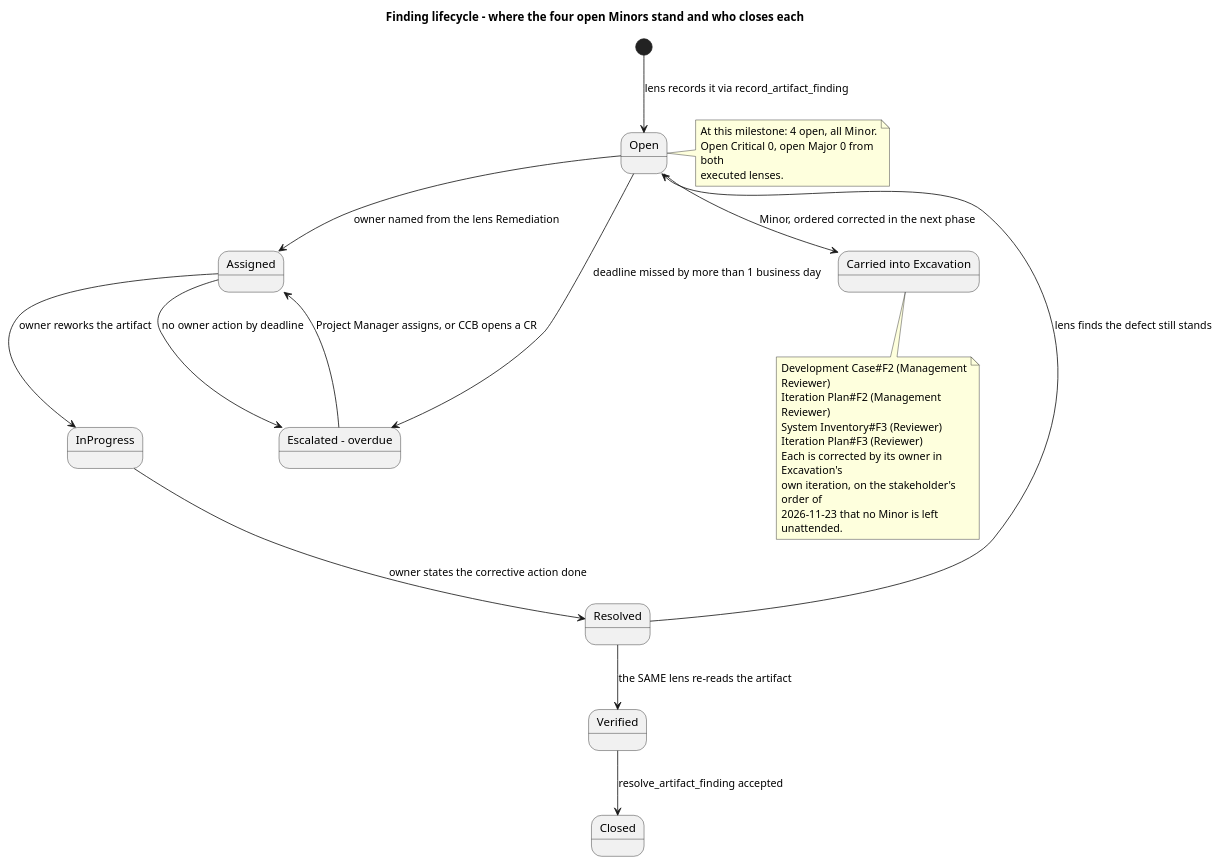
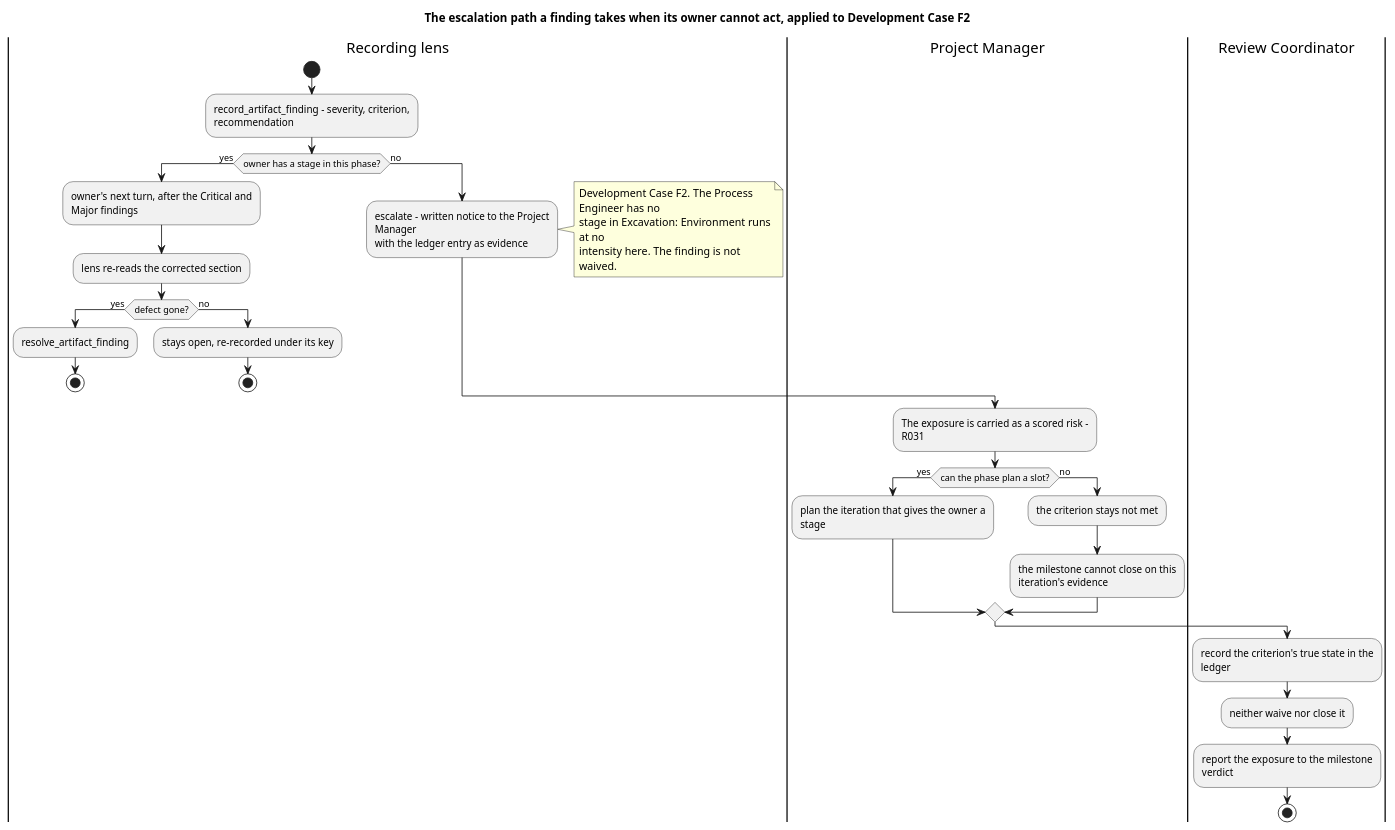
One commit to banense-test/TodoApp changed the tenth of 12 diagrams in docs/artifacts/project-management/review-record.md. Above: the diagram before and after it, drawn with PlantUML. The commit also changed other lines of this file, not shown here.

Commit message:
Review Coordinator [Excavation1]: upsert Review Record
[skip ci]

````diff
--- a/docs/artifacts/project-management/review-record.md
+++ b/docs/artifacts/project-management/review-record.md
@@ -1050,38 +1047,47 @@
 ```plantuml
 @startuml
-title Finding lifecycle - where the four open Minors stand and who closes each
+title The escalation path a finding takes when its owner cannot act, applied to Development Case F2
+
 skinparam shadowing false
 skinparam wrapWidth 240
 
-[*] --> Open : lens records it via record_artifact_finding
-Open --> Assigned : owner named from the lens Remediation
-Assigned --> InProgress : owner reworks the artifact
-InProgress --> Resolved : owner states the corrective action done
-Resolved --> Verified : the SAME lens re-reads the artifact
-Verified --> Closed : resolve_artifact_finding accepted
-Resolved --> Open : lens finds the defect still stands
+|Recording lens|
+start
+:record_artifact_finding - severity, criterion, recommendation;
+if (owner has a stage in this phase?) then (yes)
+  :owner's next turn, after the Critical and Major findings;
+  :lens re-reads the corrected section;
+  if (defect gone?) then (yes)
+    :resolve_artifact_finding;
+    stop
+  else (no)
+    :stays open, re-recorded under its key;
+    stop
+  endif
+else (no)
+  :escalate - written notice to the Project Manager
+  with the ledger entry as evidence;
+  note right
+    Development Case F2. The Process Engineer has no
+    stage in Excavation: Environment runs at no
+    intensity here. The finding is not waived.
+  end note
+endif
 
-state "Escalated - overdue" as Esc
-Open --> Esc : deadline missed by more than 1 business day
-Assigned --> Esc : no owner action by deadline
-Esc --> Assigned : Project Manager assigns, or CCB opens a CR
+|Project Manager|
+:The exposure is carried as a scored risk - R031;
+if (can the phase plan a slot?) then (yes)
+  :plan the iteration that gives the owner a stage;
+else (no)
+  :the criterion stays not met;
+  :the milestone cannot close on this iteration's evidence;
+endif
 
-state "Carried into Excavation" as CAR
-note bottom of CAR
-  Development Case#F2 (Management Reviewer)
-  Iteration Plan#F2 (Management Reviewer)
-  System Inventory#F3 (Reviewer)
-  Iteration Plan#F3 (Reviewer)
-  Each is corrected by its owner in Excavation's
-  own iteration, on the stakeholder's order of
-  2026-11-23 that no Minor is left unattended.
-end note
+|Review Coordinator|
+:record the criterion's true state in the ledger;
+:neither waive nor close it;
+:report the exposure to the milestone verdict;
+stop
 
-Open --> CAR : Minor, ordered corrected in the next phase
-note right of Open
-  At this milestone: 4 open, all Minor.
-  Open Critical 0, open Major 0 from both
-  executed lenses.
-end note
 @enduml
 ```
````
